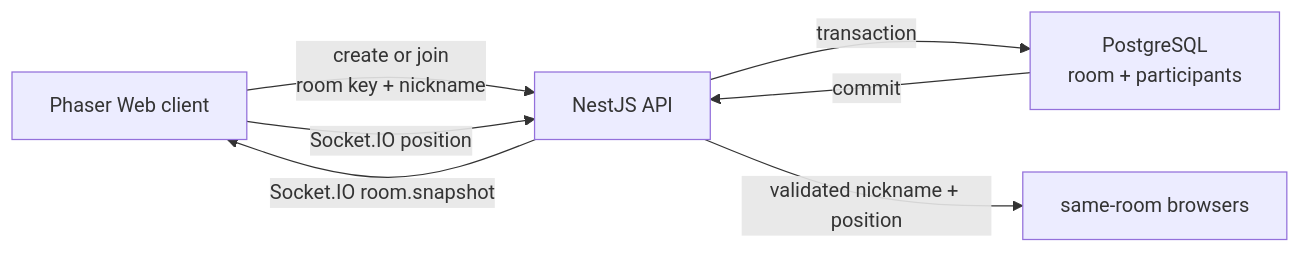
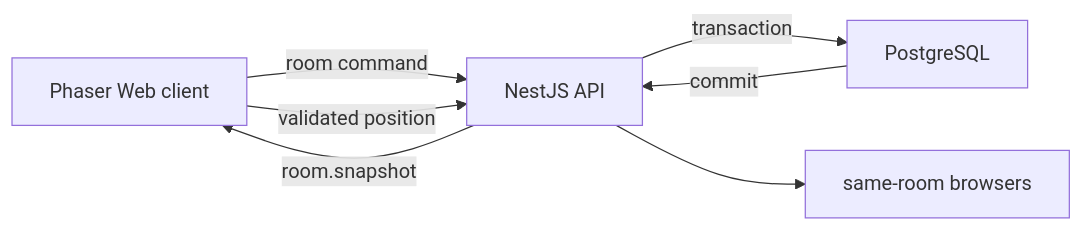
Before and after one commit to icecokel/VSCoke: the second of 2 diagrams in docs/poke-lounge-game-concept.md, drawn with Mermaid. The commit also changed other lines of this file and 18 other files, not shown here.

````diff
--- a/docs/poke-lounge-game-concept.md
+++ b/docs/poke-lounge-game-concept.md
@@ -262,9 +85,9 @@
 ```mermaid
 flowchart LR
-  Web["Phaser Web client"] -->|"create or join\nroom key + nickname"| API["NestJS API"]
-  API -->|"transaction"| DB["PostgreSQL\nroom + participants"]
+  Web["Phaser Web client"] -->|"room command"| API["NestJS API"]
+  API -->|"transaction"| DB["PostgreSQL"]
   DB -->|"commit"| API
-  API -->|"Socket.IO room.snapshot"| Web
-  Web -->|"Socket.IO position"| API
-  API -->|"validated nickname + position"| Peer["same-room browsers"]
+  API -->|"room.snapshot"| Web
+  Web -->|"validated position"| API
+  API --> Peer["same-room browsers"]
 ```
````
